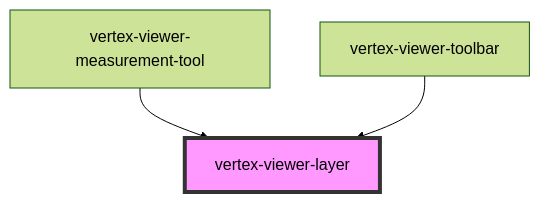
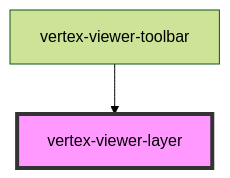
Before and after one commit to Vertexvis/vertex-web-sdk: the diagram in packages/viewer/src/components/viewer-layer/readme.md, drawn with Mermaid (forest theme). The commit also changed other lines of this file and 12 other files, not shown here.

````diff
--- a/packages/viewer/src/components/viewer-layer/readme.md
+++ b/packages/viewer/src/components/viewer-layer/readme.md
@@ -49,6 +48,5 @@
 ```mermaid
 graph TD;
-  vertex-viewer-measurement-tool --> vertex-viewer-layer
   vertex-viewer-toolbar --> vertex-viewer-layer
   style vertex-viewer-layer fill:#f9f,stroke:#333,stroke-width:4px
 ```
````
